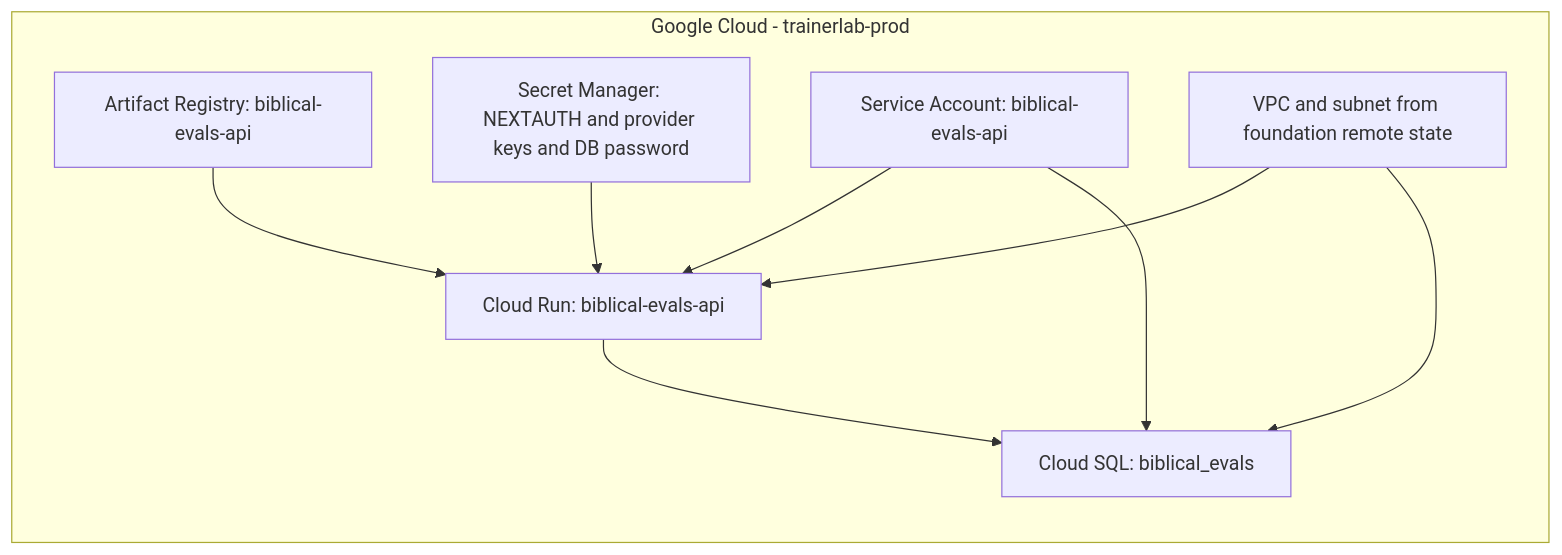
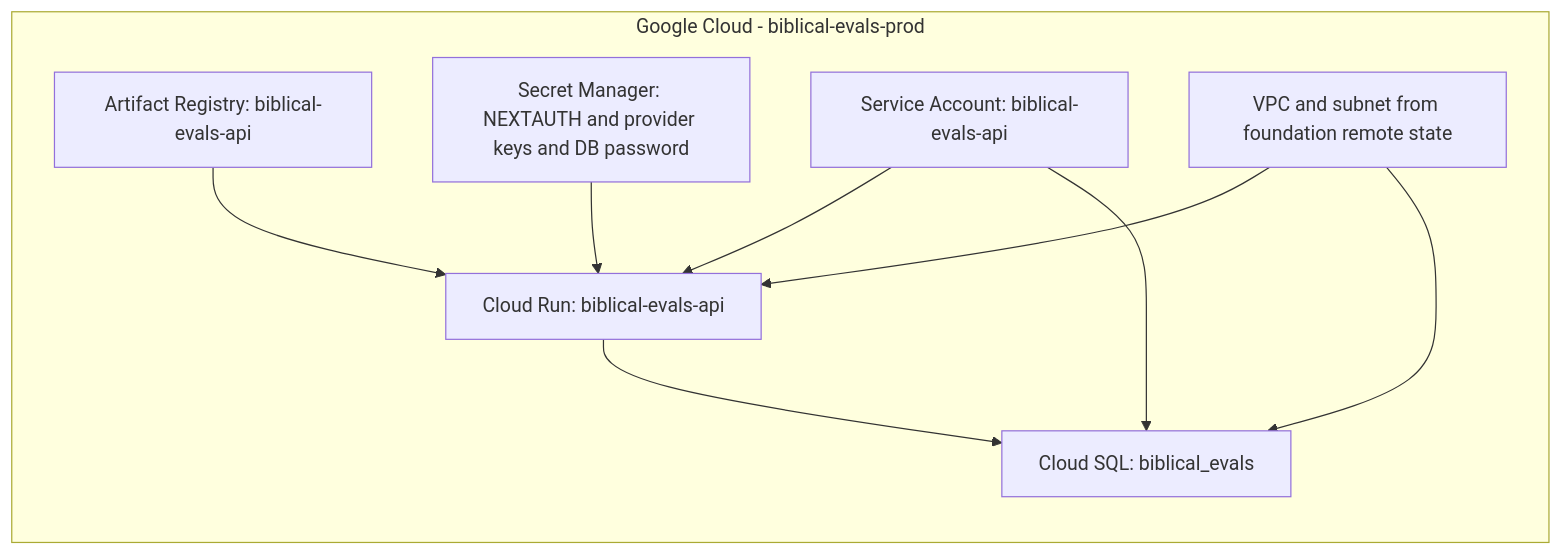
One commit to dtsong/biblical-evals changed the fourth of 4 diagrams in docs/architecture-diagrams.md. Above: the diagram before and after it, drawn with Mermaid. The commit also changed 7 other files, not shown here.

Commit message:
chore(migration): point docs and tooling at biblical-evals-prod

````diff
--- a/docs/architecture-diagrams.md
+++ b/docs/architecture-diagrams.md
@@ -133,19 +133,19 @@
 ```mermaid
 flowchart LR
-  subgraph GCP["Google Cloud - trainerlab-prod"]
+  subgraph GCP["Google Cloud - biblical-evals-prod"]
     AR["Artifact Registry: biblical-evals-api"]
     SM["Secret Manager: NEXTAUTH and provider keys and DB password"]
     SA["Service Account: biblical-evals-api"]
     CR["Cloud Run: biblical-evals-api"]
     SQL["Cloud SQL: biblical_evals"]
     VPC["VPC and subnet from foundation remote state"]
   end
 
   AR --> CR
   SM --> CR
   SA --> CR
   SA --> SQL
   VPC --> CR
   VPC --> SQL
   CR --> SQL
 ```
````
